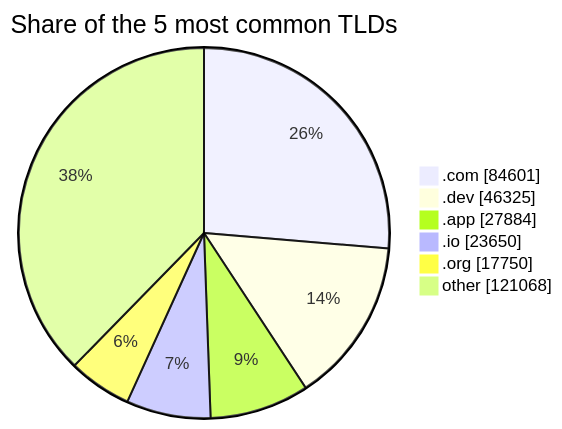
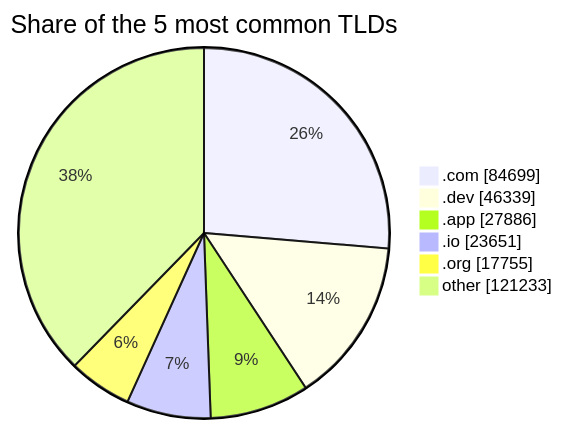
Before and after one commit to DNSBunker/CTI: the third of 3 diagrams in README.md, drawn with Mermaid. The commit also changed other lines of this file and 3 other files, not shown here.

````diff
--- a/README.md
+++ b/README.md
@@ -81,9 +81,9 @@
 ```mermaid
 pie showData title Share of the 5 most common TLDs
-    ".com" : 84601
-    ".dev" : 46325
-    ".app" : 27884
-    ".io" : 23650
-    ".org" : 17750
-    "other" : 121068
+    ".com" : 84699
+    ".dev" : 46339
+    ".app" : 27886
+    ".io" : 23651
+    ".org" : 17755
+    "other" : 121233
 ```
````
